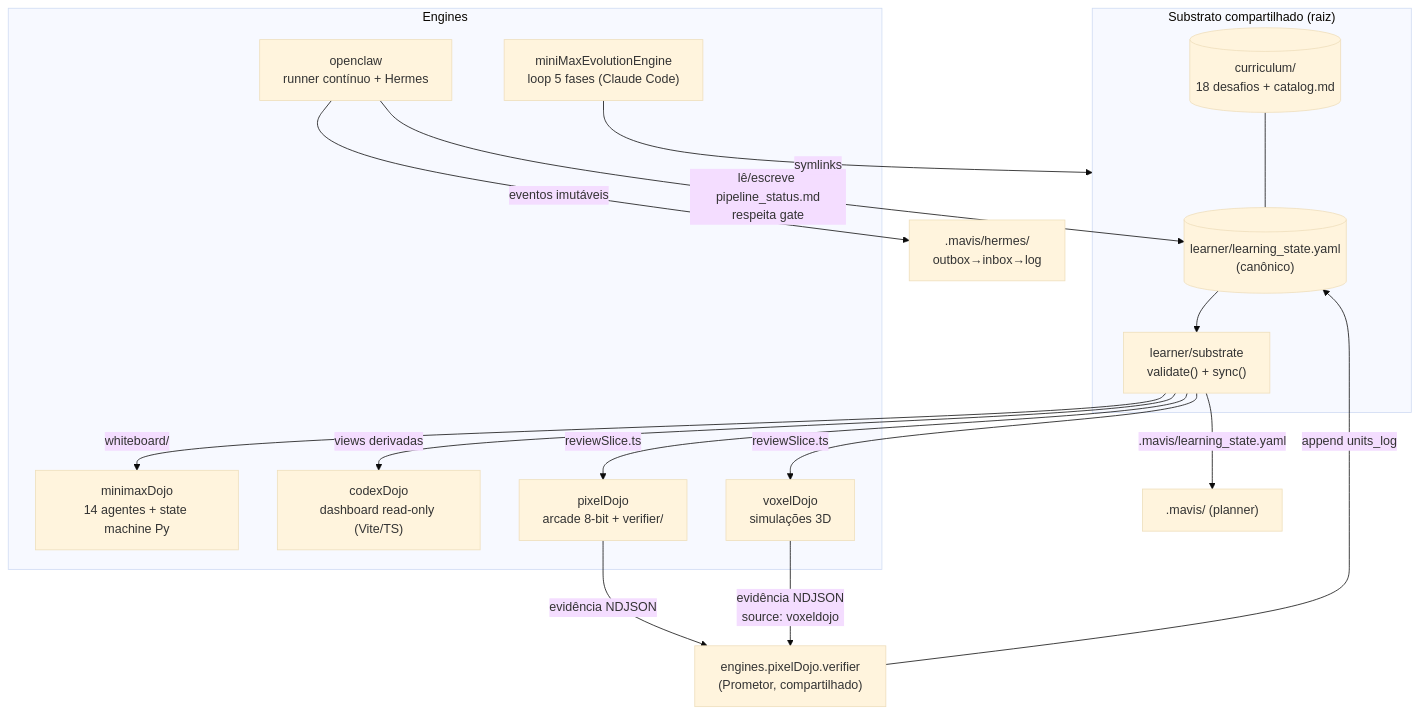
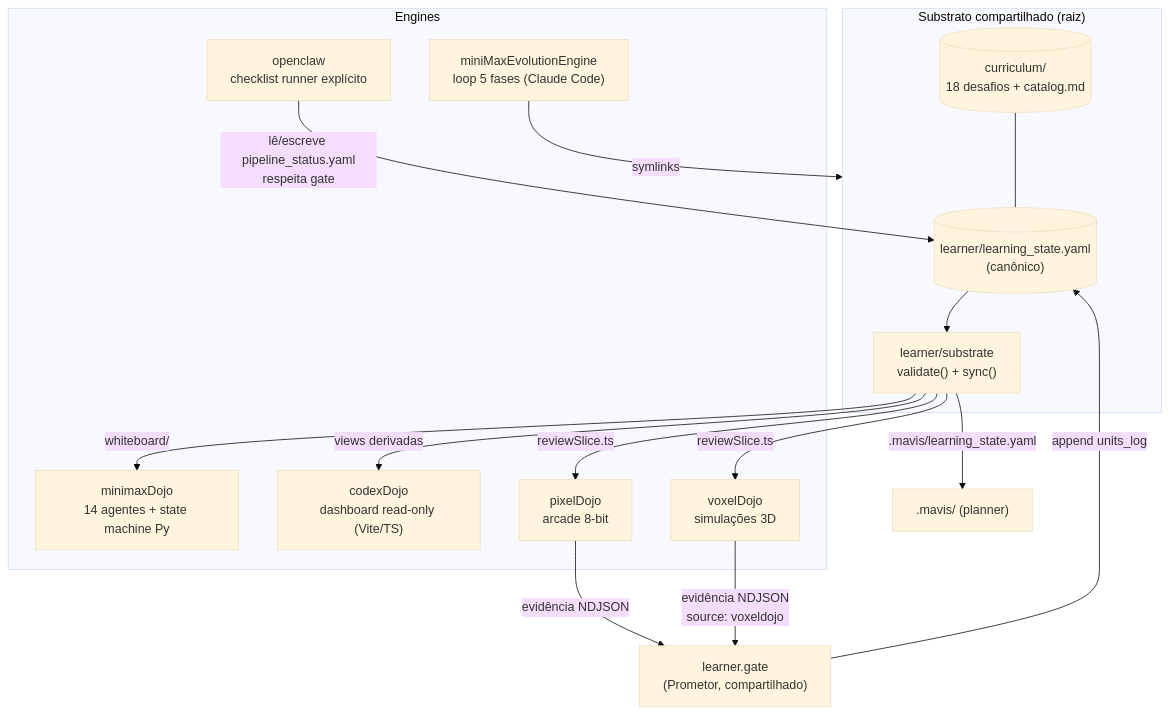
One commit to dandpb/aidevschool changed the diagram in docs/design/tdd-ecossistema.md. Above: the diagram before and after it, drawn with Mermaid (base theme). The commit also changed other lines of this file and 274 other files, not shown here.

First line of the commit message:
refactor: consolidate substrate projections, gate hardening, and voxelDojo shared harness

````diff
--- a/docs/design/tdd-ecossistema.md
+++ b/docs/design/tdd-ecossistema.md
@@ -101,31 +101,30 @@
 ```mermaid
 graph TB
     subgraph Substrato["Substrato compartilhado (raiz)"]
         LS[("learner/learning_state.yaml<br/>(canônico)")]
         CUR[("curriculum/<br/>18 desafios + catalog.md")]
         SUB["learner/substrate<br/>validate() + sync()"]
     end
 
     subgraph Engines
         MME["miniMaxEvolutionEngine<br/>loop 5 fases (Claude Code)"]
         DOJO["minimaxDojo<br/>14 agentes + state machine Py"]
         CDX["codexDojo<br/>dashboard read-only (Vite/TS)"]
-        PIX["pixelDojo<br/>arcade 8-bit + verifier/"]
+        PIX["pixelDojo<br/>arcade 8-bit"]
         VOX["voxelDojo<br/>simulações 3D"]
-        OC["openclaw<br/>runner contínuo + Hermes"]
+        OC["openclaw<br/>checklist runner explícito"]
     end
 
-    PIX -- "evidência NDJSON" --> VER["engines.pixelDojo.verifier<br/>(Prometor, compartilhado)"]
+    PIX -- "evidência NDJSON" --> VER["learner.gate<br/>(Prometor, compartilhado)"]
     VOX -- "evidência NDJSON<br/>source: voxeldojo" --> VER
     VER -- "append units_log" --> LS
     LS --> SUB
     SUB -- "views derivadas" --> CDX
     SUB -- "whiteboard/" --> DOJO
     SUB -- "reviewSlice.ts" --> PIX
     SUB -- "reviewSlice.ts" --> VOX
     SUB -- ".mavis/learning_state.yaml" --> MAVIS[".mavis/ (planner)"]
-    OC -- "lê/escreve pipeline_status.md<br/>respeita gate" --> LS
-    OC -- "eventos imutáveis" --> HERMES[".mavis/hermes/<br/>outbox→inbox→log"]
+    OC -- "lê/escreve pipeline_status.yaml<br/>respeita gate" --> LS
     MME -- "symlinks" --> Substrato
     CUR --- LS
 ```
````
